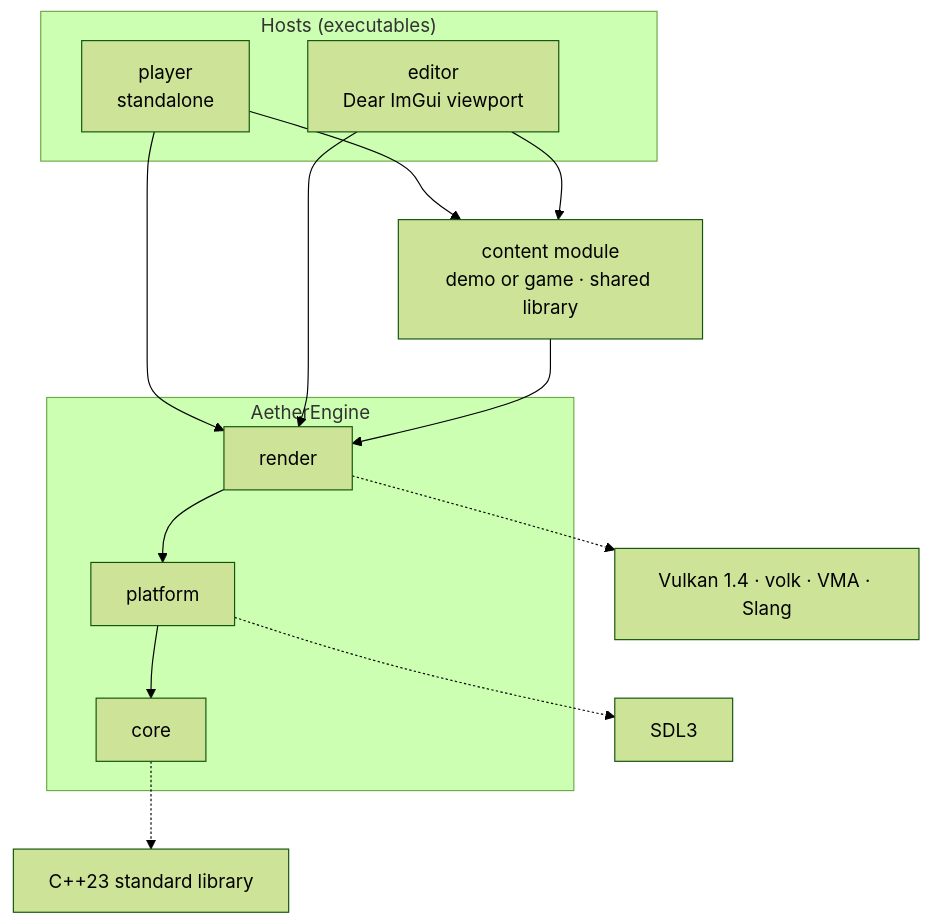
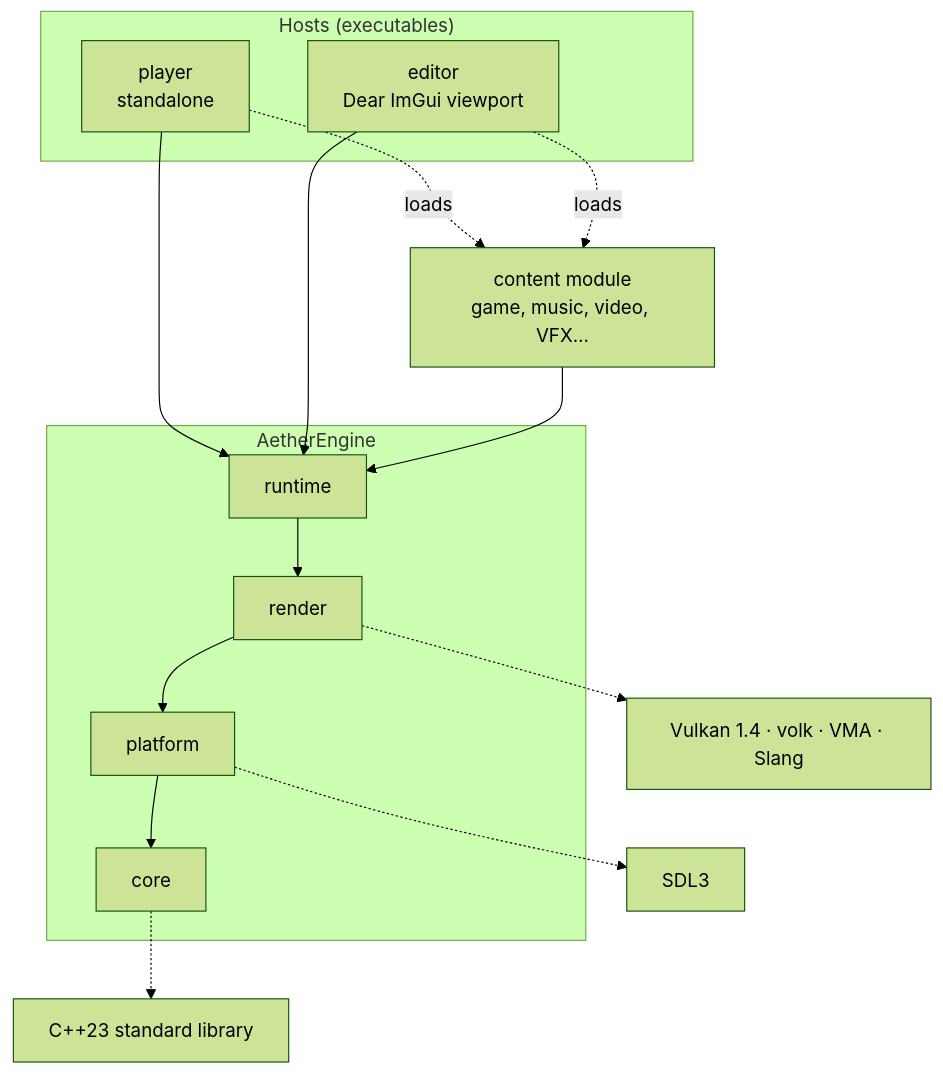
One commit to AIperture-Labs/AetherEngine changed the diagram in docs/architecture.md. Above: the diagram before and after it, drawn with Mermaid (forest theme). The commit also changed other lines of this file and 1 other file, not shown here.

Commit message:
docs(architecture): module, content and linking model (#55)

````diff
--- a/docs/architecture.md
+++ b/docs/architecture.md
@@ -7,19 +7,19 @@
 ```mermaid
 flowchart TD
   subgraph hosts["Hosts (executables)"]
     player["player<br/>standalone"]
     editor["editor<br/>Dear ImGui viewport"]
   end
-  content["content module<br/>demo or game · shared library"]
+  content["content module<br/>game, music, video, VFX…"]
   subgraph engine["AetherEngine"]
-    render --> platform --> core
+    runtime --> render --> platform --> core
   end
-  player --> content
-  editor --> content
-  player --> render
-  editor --> render
-  content --> render
+  player --> runtime
+  editor --> runtime
+  player -. loads .-> content
+  editor -. loads .-> content
+  content --> runtime
   render -.-> vk["Vulkan 1.4 · volk · VMA · Slang"]
   platform -.-> sdl["SDL3"]
   core -.-> std["C++23 standard library"]
 ```
````
